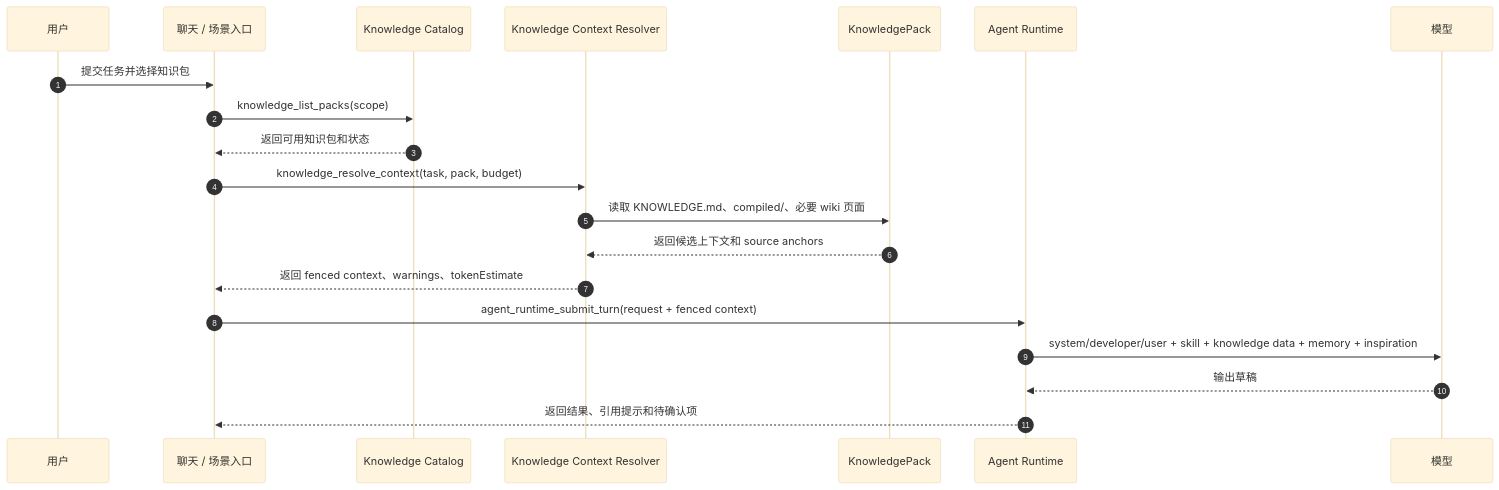
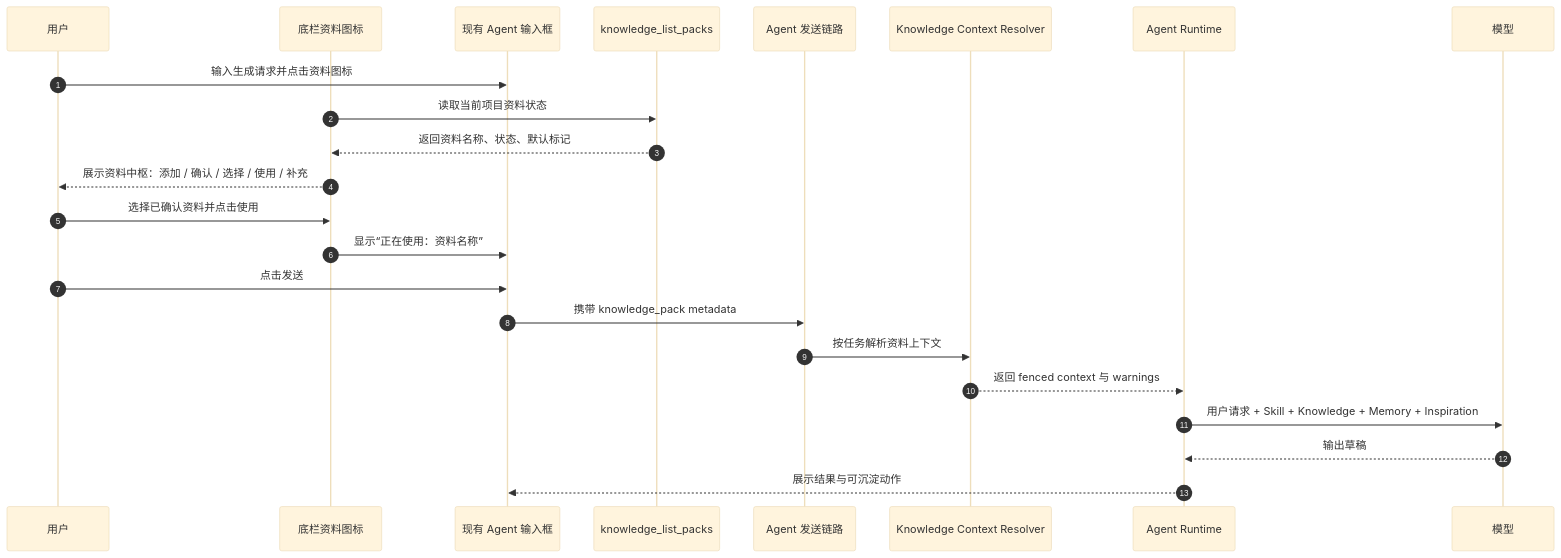
One commit to limecloud/lime changed the fourth of 9 diagrams in docs/roadmap/knowledge/prd.md. Above: the diagram before and after it, drawn with Mermaid (base theme). The commit also changed other lines of this file and 273 other files, not shown here.

````diff
--- a/docs/roadmap/knowledge/prd.md
+++ b/docs/roadmap/knowledge/prd.md
@@ -493,23 +545,26 @@
 ```mermaid
 sequenceDiagram
   autonumber
   participant U as 用户
-  participant Chat as 聊天 / 场景入口
-  participant Catalog as Knowledge Catalog
+  participant Control as 底栏资料图标
+  participant Agent as 现有 Agent 输入框
+  participant Catalog as knowledge_list_packs
+  participant Send as Agent 发送链路
   participant Resolver as Knowledge Context Resolver
-  participant Pack as KnowledgePack
   participant Runtime as Agent Runtime
   participant Model as 模型
 
-  U->>Chat: 提交任务并选择知识包
-  Chat->>Catalog: knowledge_list_packs(scope)
-  Catalog-->>Chat: 返回可用知识包和状态
-  Chat->>Resolver: knowledge_resolve_context(task, pack, budget)
-  Resolver->>Pack: 读取 KNOWLEDGE.md、compiled/、必要 wiki 页面
-  Pack-->>Resolver: 返回候选上下文和 source anchors
-  Resolver-->>Chat: 返回 fenced context、warnings、tokenEstimate
-  Chat->>Runtime: agent_runtime_submit_turn(request + fenced context)
-  Runtime->>Model: system/developer/user + skill + knowledge data + memory + inspiration
+  U->>Agent: 输入生成请求并点击资料图标
+  Control->>Catalog: 读取当前项目资料状态
+  Catalog-->>Control: 返回资料名称、状态、默认标记
+  Control-->>U: 展示资料中枢：添加 / 确认 / 选择 / 使用 / 补充
+  U->>Control: 选择已确认资料并点击使用
+  Control->>Agent: 显示“正在使用：资料名称”
+  U->>Agent: 点击发送
+  Agent->>Send: 携带 knowledge_pack metadata
+  Send->>Resolver: 按任务解析资料上下文
+  Resolver-->>Runtime: 返回 fenced context 与 warnings
+  Runtime->>Model: 用户请求 + Skill + Knowledge + Memory + Inspiration
   Model-->>Runtime: 输出草稿
-  Runtime-->>Chat: 返回结果、引用提示和待确认项
+  Runtime-->>Agent: 展示结果与可沉淀动作
 ```
````
